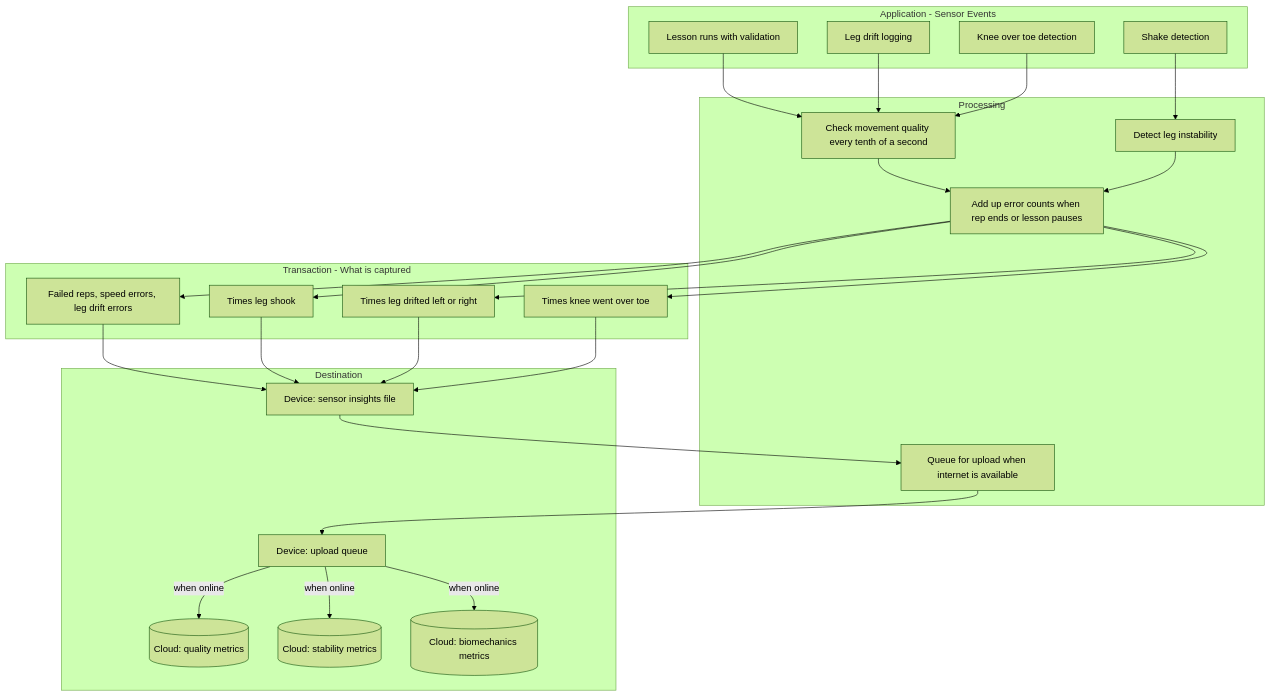
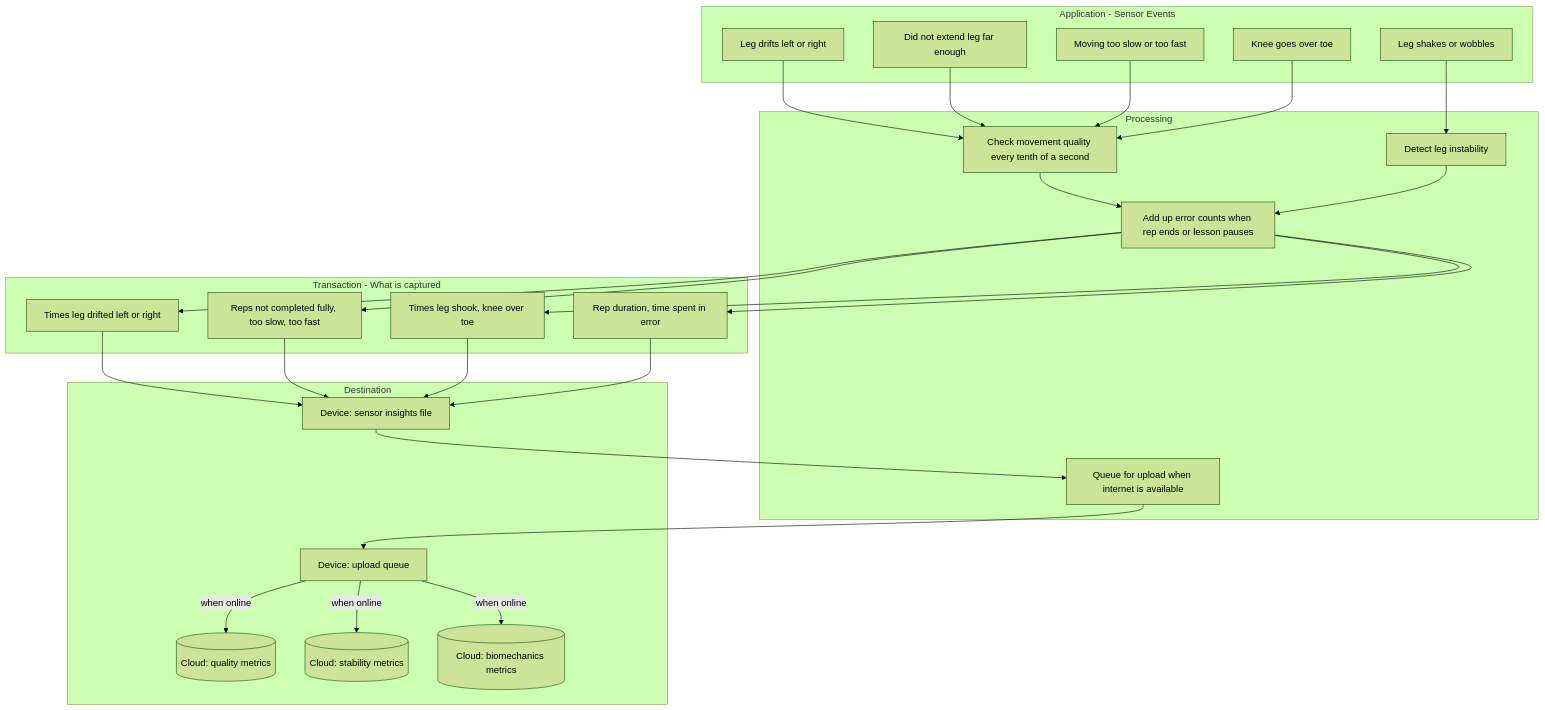
Before and after one commit to seanja5/realrehab-mvp: the second of 2 diagrams in docs/DATA_STORY_PRESENTATION.md, drawn with Mermaid (forest theme). The commit also changed other lines of this file and 1 other file, not shown here.

Commit message:
Align Slide 17 and Bucket G diagrams, add three cloud tables to both

````diff
--- a/docs/DATA_STORY_PRESENTATION.md
+++ b/docs/DATA_STORY_PRESENTATION.md
@@ -267,50 +269,52 @@
 ```mermaid
 flowchart TB
     subgraph future_app [Application - Sensor Events]
-        F1[Lesson runs with validation]
-        F2[Shake detection]
-        F3[Leg drift logging]
-        F4[Knee over toe detection]
+        F1[Leg drifts left or right]
+        F2[Did not extend leg far enough]
+        F3[Moving too slow or too fast]
+        F4[Leg shakes or wobbles]
+        F5[Knee goes over toe]
     end
 
     subgraph future_proc [Processing]
         FP1[Check movement quality every tenth of a second]
         FP2[Detect leg instability]
         FP3[Add up error counts when rep ends or lesson pauses]
         FP4[Queue for upload when internet is available]
     end
 
     subgraph future_tx [Transaction - What is captured]
-        T1[Failed reps, speed errors, leg drift errors]
-        T2[Times leg shook]
-        T3[Times leg drifted left or right]
-        T4[Times knee went over toe]
+        T1[Times leg drifted left or right]
+        T2[Reps not completed fully, too slow, too fast]
+        T3[Times leg shook, knee over toe]
+        T4[Rep duration, time spent in error]
     end
 
     subgraph future_dest [Destination]
         D1[Device: sensor insights file]
         D2[Device: upload queue]
         D3[(Cloud: quality metrics)]
         D4[(Cloud: stability metrics)]
         D5[(Cloud: biomechanics metrics)]
     end
 
     F1 --> FP1
-    F2 --> FP2
+    F2 --> FP1
     F3 --> FP1
-    F4 --> FP1
+    F4 --> FP2
+    F5 --> FP1
     FP1 --> FP3
     FP2 --> FP3
     FP3 --> T1
     FP3 --> T2
     FP3 --> T3
     FP3 --> T4
     T1 --> D1
     T2 --> D1
     T3 --> D1
     T4 --> D1
     D1 --> FP4 --> D2
     D2 -->|when online| D3
     D2 -->|when online| D4
     D2 -->|when online| D5
 ```
````
